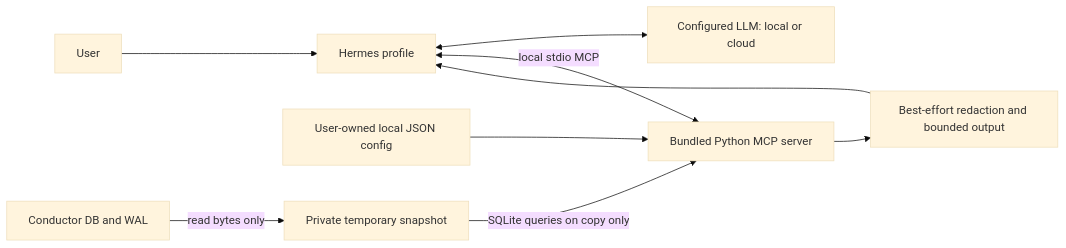
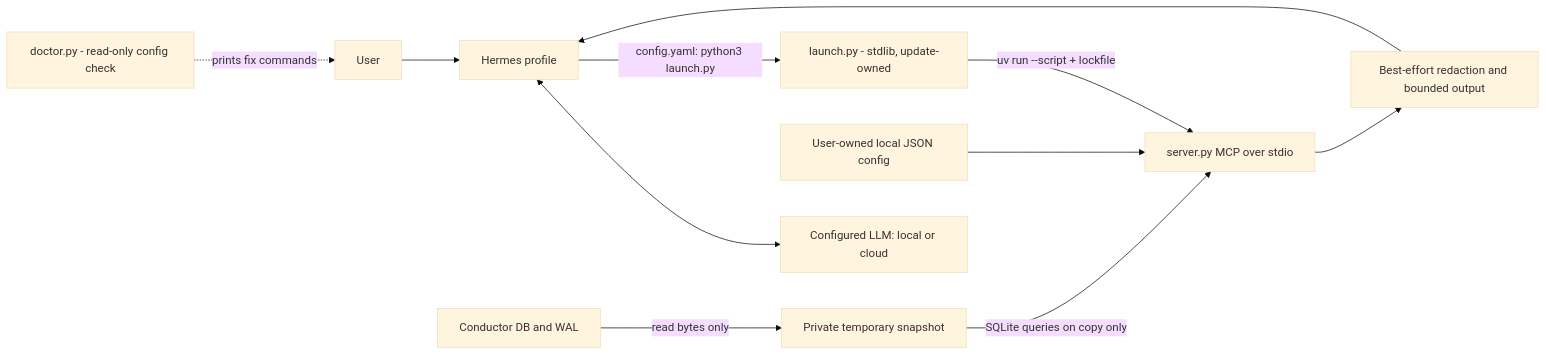
Before and after one commit to KRRySS/conductor-status-bot: the diagram in README.md, drawn with Mermaid (base theme). The commit also changed other lines of this file and 8 other files, not shown here.

````diff
--- a/README.md
+++ b/README.md
@@ -9,11 +9,13 @@
 ```mermaid
 flowchart LR
     U[User] --> H[Hermes profile]
     H <--> L[Configured LLM: local or cloud]
-    H <-->|local stdio MCP| M[Bundled Python MCP server]
+    H -->|config.yaml: python3 launch.py| LP[launch.py - stdlib, update-owned]
+    LP -->|uv run --script + lockfile| M[server.py MCP over stdio]
     C[User-owned local JSON config] --> M
     D[Conductor DB and WAL] -->|read bytes only| S[Private temporary snapshot]
     S -->|SQLite queries on copy only| M
     M --> R[Best-effort redaction and bounded output]
     R --> H
+    DR[doctor.py - read-only config check] -.prints fix commands.-> U
 ```
````
